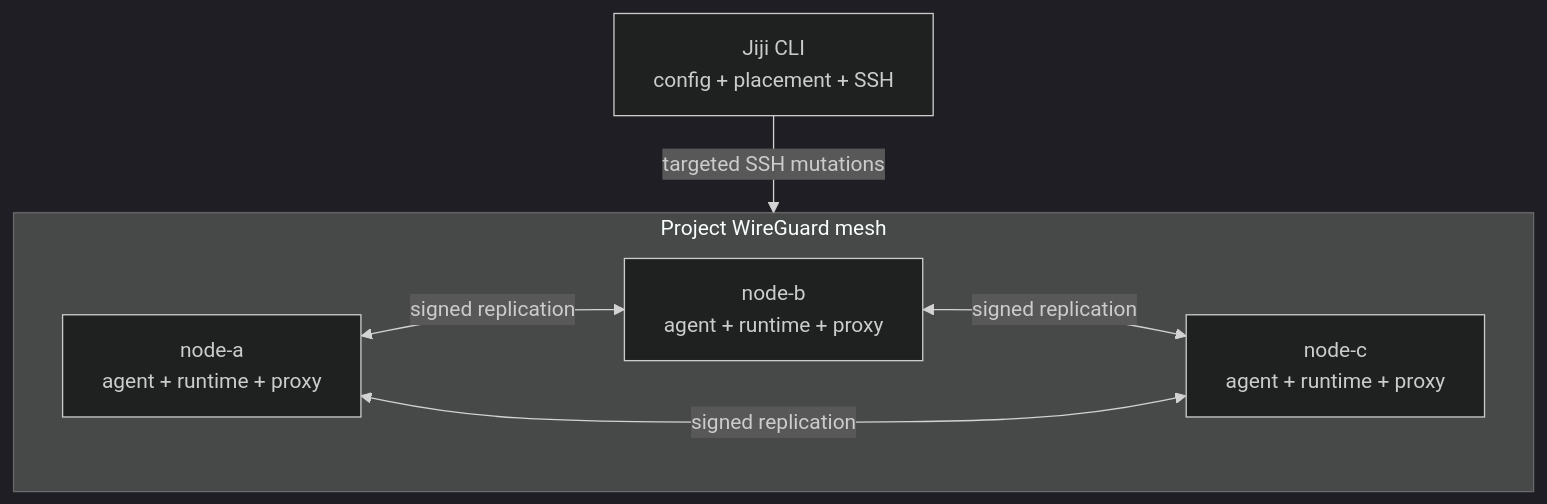
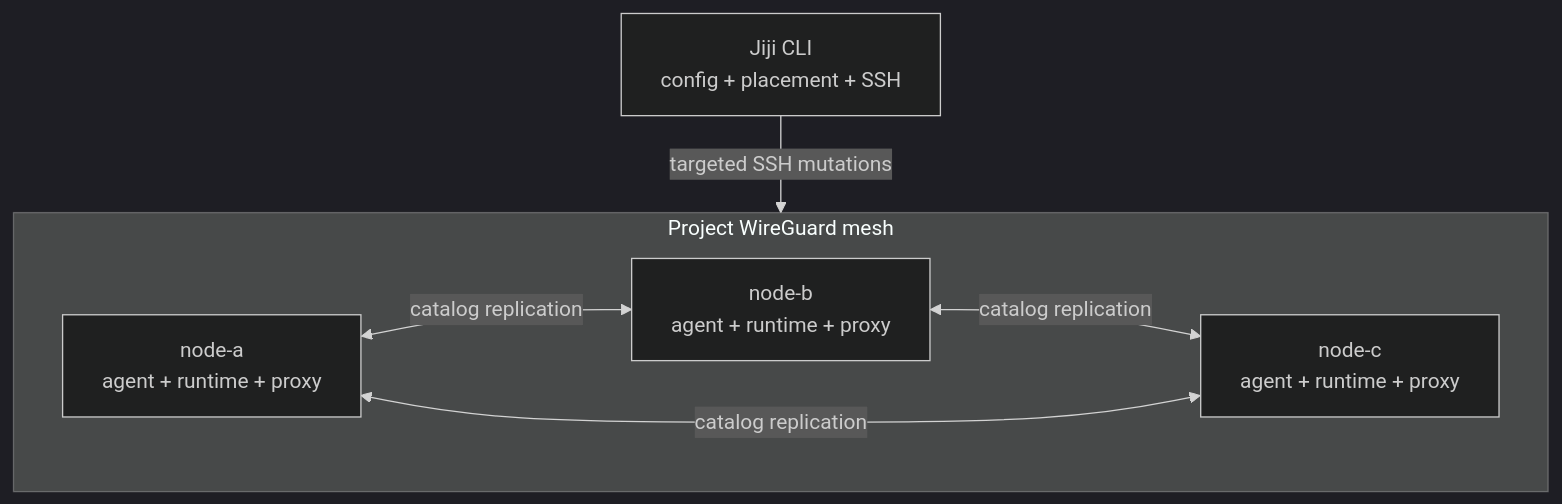
The first of 3 diagrams in app/docs/getting-started/architecture/page.mdx (acidtib/jiji-website), drawn with Mermaid (dark theme) before and after one commit. The commit also changed other lines of this file and 12 other files, not shown here.

````diff
--- a/app/docs/getting-started/architecture/page.mdx
+++ b/app/docs/getting-started/architecture/page.mdx
@@ -16,19 +16,19 @@
 ```mermaid
 flowchart TB
   accTitle: Jiji distributed architecture
-  accDescr: The CLI coordinates mutations over SSH. Project agents replicate membership, desired placement, catalog records, and DNS over WireGuard without a central coordinator.
+  accDescr: The CLI pushes membership directly over SSH. Project agents then continuously replicate desired placement, catalog records, and DNS peer-to-peer over WireGuard, without a central coordinator.
 
   cli["Jiji CLI<br/>config + placement + SSH"]
 
   subgraph mesh["Project WireGuard mesh"]
     direction LR
     a["node-a<br/>agent + runtime + proxy"]
     b["node-b<br/>agent + runtime + proxy"]
     c["node-c<br/>agent + runtime + proxy"]
-    a <-->|"signed replication"| b
-    b <-->|"signed replication"| c
-    c <-->|"signed replication"| a
+    a <-->|"catalog replication"| b
+    b <-->|"catalog replication"| c
+    c <-->|"catalog replication"| a
   end
 
   cli -->|"targeted SSH mutations"| mesh
 ```
````
